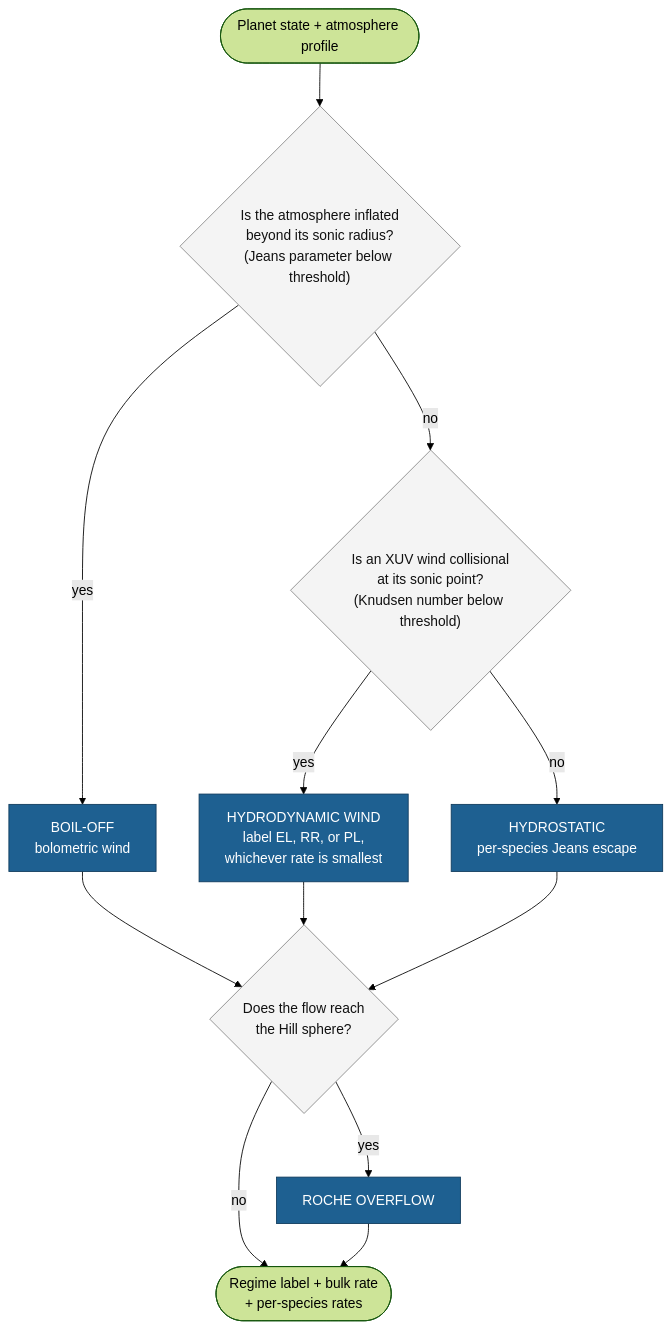
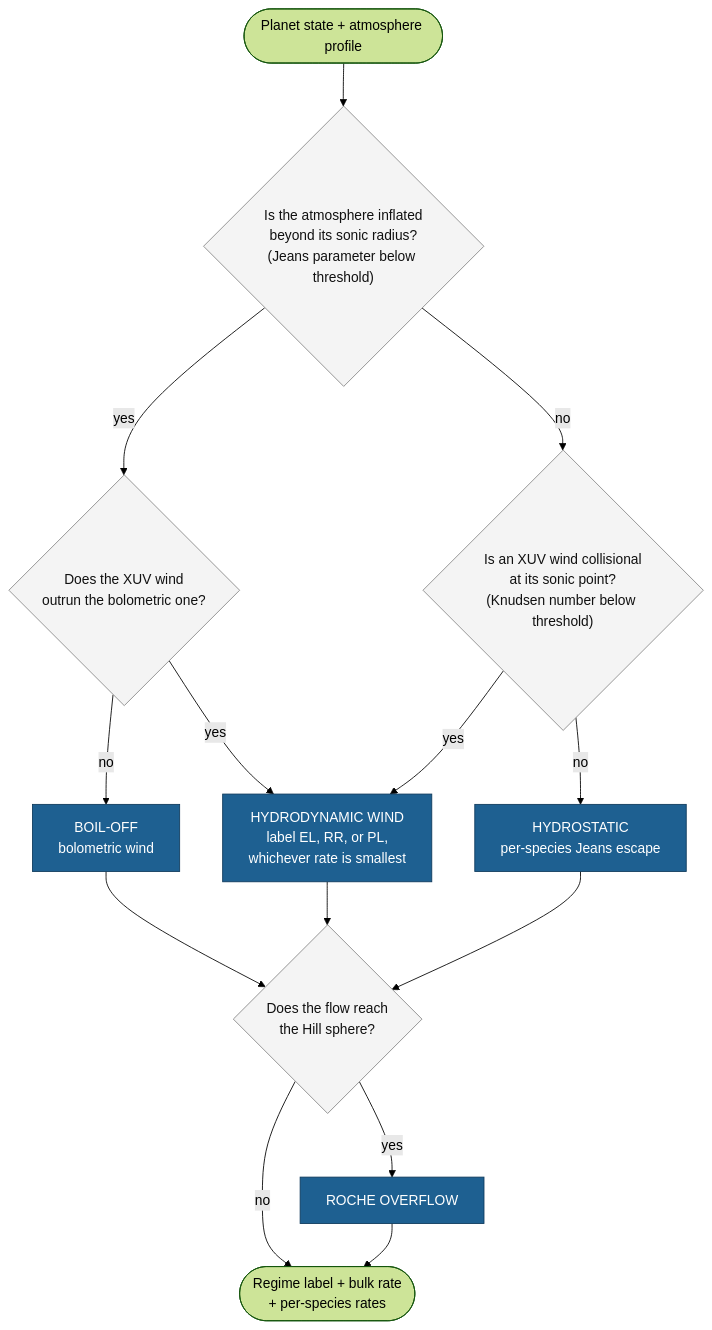
Before and after one commit to FormingWorlds/ZEPHYRUS: the diagram in docs/Explanations/model.md, drawn with Mermaid (forest theme). The commit also changed other lines of this file and 5 other files, not shown here.

First line of the commit message:
Let the XUV wind compete below the boil-off gate

````diff
--- a/docs/Explanations/model.md
+++ b/docs/Explanations/model.md
@@ -23,18 +23,20 @@
 ```mermaid
 flowchart TD
     IN(["Planet state + atmosphere profile"]) --> Q1{"Is the atmosphere inflated<br/>beyond its sonic radius?<br/>(Jeans parameter below threshold)"}
-    Q1 -- yes --> BO["BOIL-OFF<br/>bolometric wind"]
+    Q1 -- yes --> QB{"Does the XUV wind<br/>outrun the bolometric one?"}
+    QB -- yes --> HD
+    QB -- no --> BO["BOIL-OFF<br/>bolometric wind"]
     Q1 -- no --> Q2{"Is an XUV wind collisional<br/>at its sonic point?<br/>(Knudsen number below threshold)"}
     Q2 -- yes --> HD["HYDRODYNAMIC WIND<br/>label EL, RR, or PL,<br/>whichever rate is smallest"]
     Q2 -- no --> HS["HYDROSTATIC<br/>per-species Jeans escape"]
     BO --> Q3{"Does the flow reach<br/>the Hill sphere?"}
     HD --> Q3
     HS --> Q3
     Q3 -- yes --> RO["ROCHE OVERFLOW"]
     Q3 -- no --> OUT(["Regime label + bulk rate<br/>+ per-species rates"])
     RO --> OUT
     classDef regime fill:#1e6091,stroke:#0f3a5c,color:#ffffff
     classDef decision fill:#f4f4f4,stroke:#888888,color:#111111
     class BO,HD,HS,RO regime
-    class Q1,Q2,Q3 decision
+    class Q1,QB,Q2,Q3 decision
 ```
````
